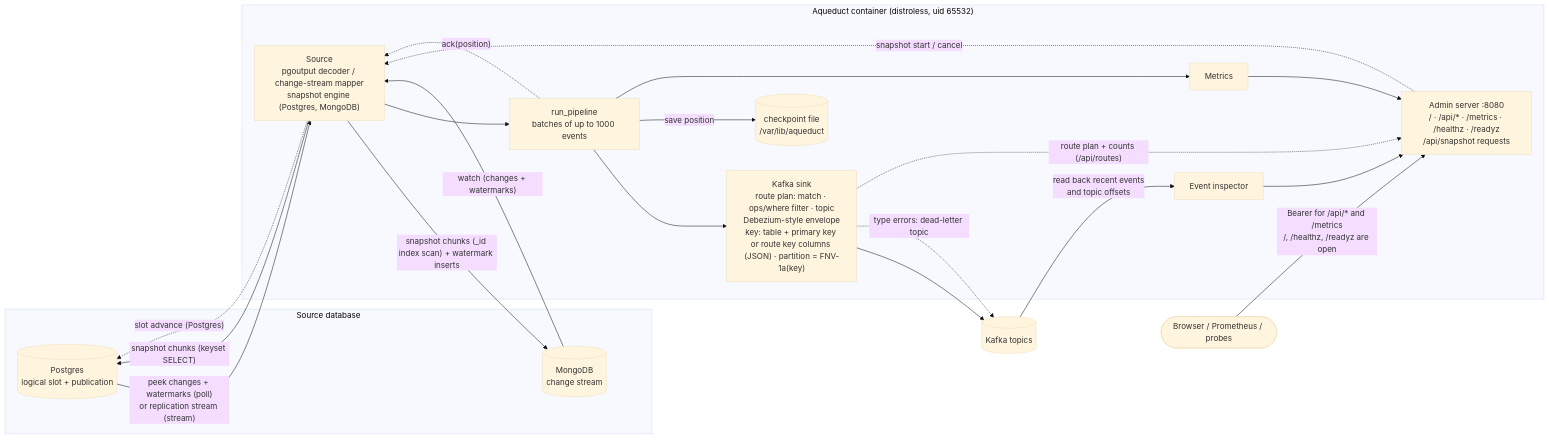
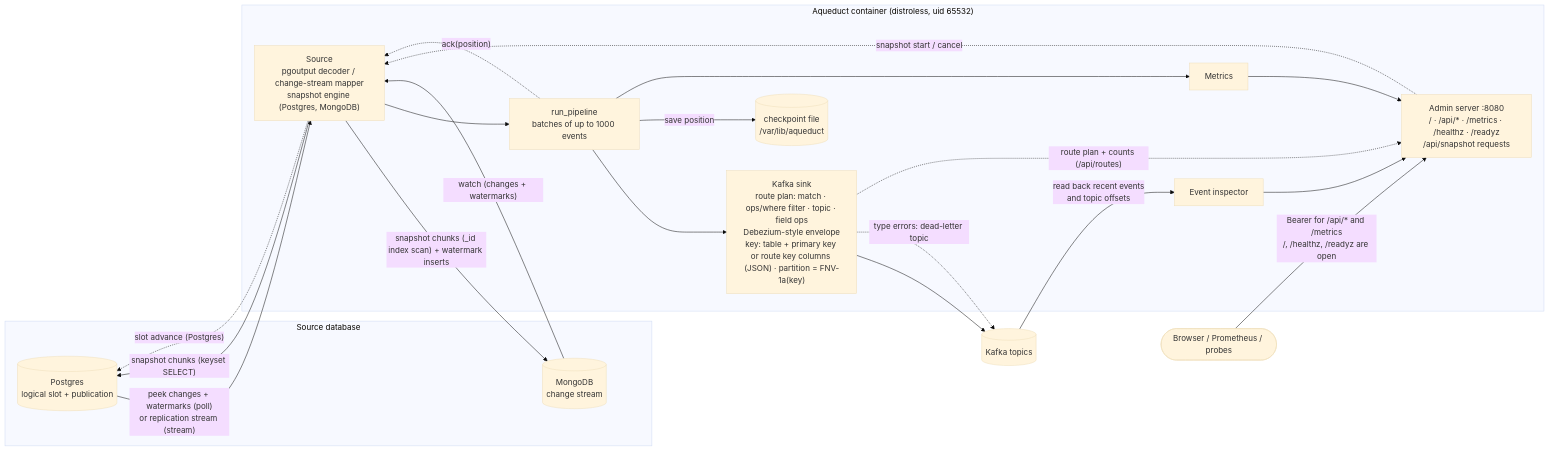
Before and after one commit to yarncraft/aqueduct: the first of 3 diagrams in README.md, drawn with Mermaid (base theme). The commit also changed other lines of this file and 13 other files, not shown here.

````diff
--- a/README.md
+++ b/README.md
@@ -18,35 +18,35 @@
 ```mermaid
 flowchart LR
     subgraph db["Source database"]
         PG[("Postgres<br/>logical slot + publication")]
         MG[("MongoDB<br/>change stream")]
     end
 
     subgraph aq["Aqueduct container (distroless, uid 65532)"]
         SRC["Source<br/>pgoutput decoder / change-stream mapper<br/>snapshot engine (Postgres, MongoDB)"]
         PIPE["run_pipeline<br/>batches of up to 1000 events"]
-        SINK["Kafka sink<br/>route plan: match · ops/where filter · topic<br/>Debezium-style envelope<br/>key: table + primary key or route key columns (JSON) · partition = FNV-1a(key)"]
+        SINK["Kafka sink<br/>route plan: match · ops/where filter · topic · field ops<br/>Debezium-style envelope<br/>key: table + primary key or route key columns (JSON) · partition = FNV-1a(key)"]
         CK[("checkpoint file<br/>/var/lib/aqueduct")]
         MET["Metrics"]
         ADM["Admin server :8080<br/>/ · /api/* · /metrics · /healthz · /readyz<br/>/api/snapshot requests"]
         INS["Event inspector"]
     end
 
     K[("Kafka topics")]
     U(["Browser / Prometheus / probes"])
 
     PG -- "peek changes + watermarks (poll)<br/>or replication stream (stream)" --> SRC
     SRC -- "snapshot chunks (keyset SELECT)" --> PG
     MG -- "watch (changes + watermarks)" --> SRC
     SRC -- "snapshot chunks (_id index scan) + watermark inserts" --> MG
     SRC --> PIPE --> SINK --> K
     SINK -. "type errors: dead-letter topic" .-> K
     SINK -. "route plan + counts (/api/routes)" .-> ADM
     PIPE -- "save position" --> CK
     PIPE -. "ack(position)" .-> SRC
     SRC -. "slot advance (Postgres)" .-> PG
     PIPE --> MET --> ADM
     ADM -. "snapshot start / cancel" .-> SRC
     K -- "read back recent events<br/>and topic offsets" --> INS --> ADM
     U -- "Bearer for /api/* and /metrics<br/>/, /healthz, /readyz are open" --> ADM
 ```
````
